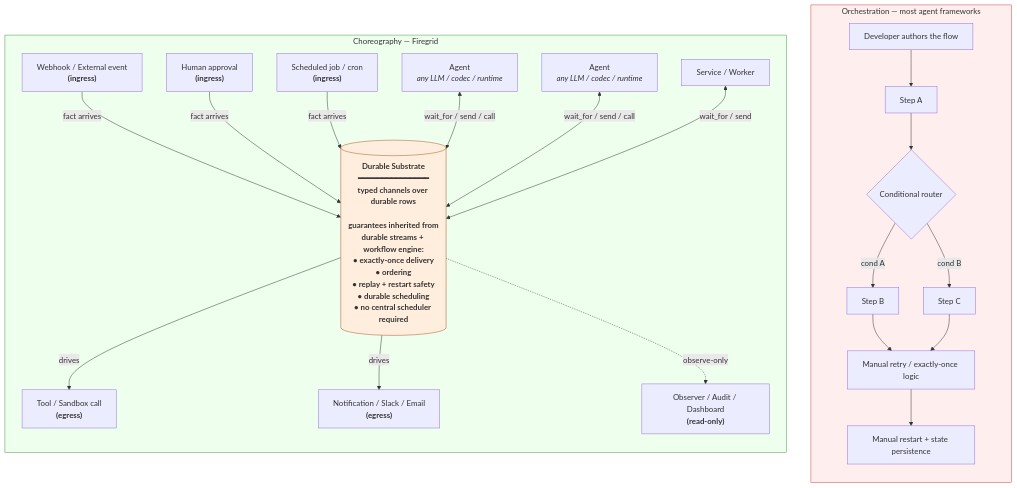
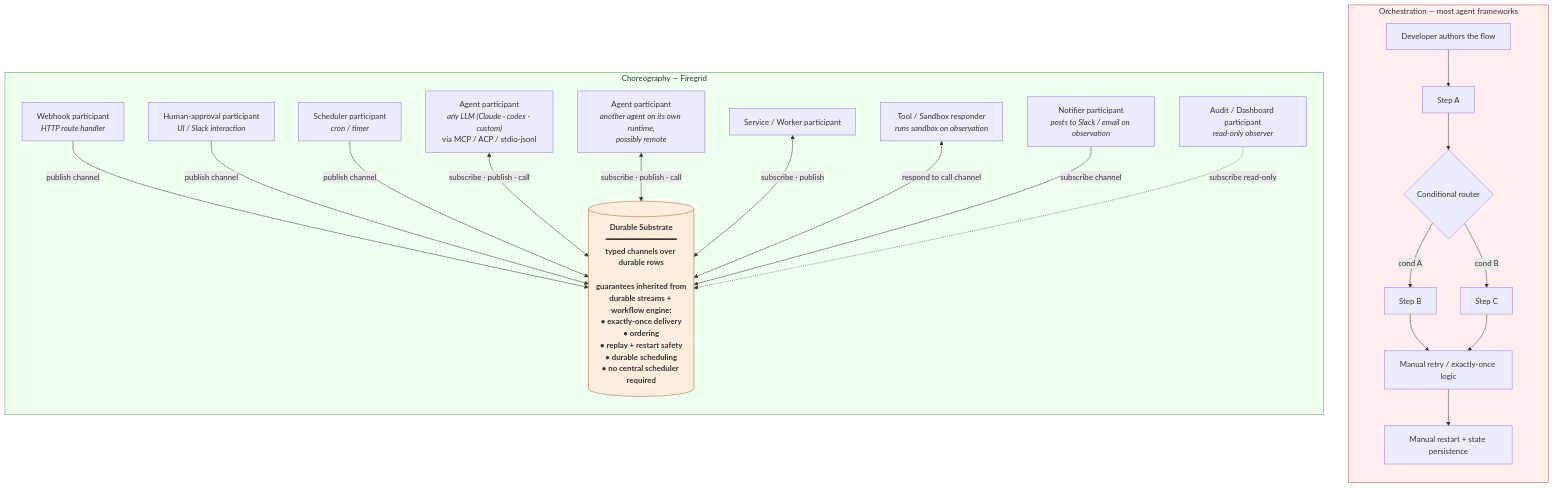
The first of 2 diagrams in README.md (gurdasnijor/firegrid), drawn with Mermaid before and after one commit. The commit also changed other lines of this file, not shown here.

First line of the commit message:
docs(readme): lean diagram into channel verbs + real Claude/Codex CLI invocations

````diff
--- a/README.md
+++ b/README.md
@@ -24,52 +24,59 @@
 ```mermaid
 flowchart TB
   subgraph Orchestration["Orchestration — most agent frameworks"]
     direction TB
     O0[Developer authors the flow]
     O1[Step A]
     O2{Conditional router}
     O3[Step B]
     O4[Step C]
     O5[Manual retry / exactly-once logic]
     O6[Manual restart + state persistence]
     O0 --> O1 --> O2
     O2 -->|cond A| O3
     O2 -->|cond B| O4
     O3 --> O5
     O4 --> O5
     O5 --> O6
   end
 
   subgraph Choreography["Choreography — Firegrid"]
     direction TB
     S[("Durable Substrate<br/>━━━━━━━━━━━━━━━<br/>typed channels over durable rows<br/><br/>guarantees inherited from<br/>durable streams + workflow engine:<br/>• exactly-once delivery<br/>• ordering<br/>• replay + restart safety<br/>• durable scheduling<br/>• no central scheduler required")]
 
-    A1["Agent<br/><i>any LLM / codec / runtime</i>"]
-    A2["Agent<br/><i>any LLM / codec / runtime</i>"]
-    Sv["Service / Worker"]
+    %% Each participant connects to the substrate via channel verbs ONLY.
+    %% External-world relationships (HTTP routes, Slack APIs, sandbox processes)
+    %% are internal to the participant — the substrate doesn't know about them.
 
-    W["Webhook / External event<br/><b>(ingress)</b>"]
-    H["Human approval<br/><b>(ingress)</b>"]
-    Sched["Scheduled job / cron<br/><b>(ingress)</b>"]
-    T["Tool / Sandbox call<br/><b>(egress)</b>"]
-    N["Notification / Slack / Email<br/><b>(egress)</b>"]
-    Obs["Observer / Audit / Dashboard<br/><b>(read-only)</b>"]
+    W["Webhook participant<br/><i>HTTP route handler</i>"]
+    H["Human-approval participant<br/><i>UI / Slack interaction</i>"]
+    Sched["Scheduler participant<br/><i>cron / timer</i>"]
 
-    W -->|fact arrives| S
-    H -->|fact arrives| S
-    Sched -->|fact arrives| S
-    A1 <-->|wait_for / send / call| S
-    A2 <-->|wait_for / send / call| S
-    Sv <-->|wait_for / send| S
-    S -->|drives| T
-    S -->|drives| N
-    S -.->|observe-only| Obs
+    A1["Agent participant<br/><i>any LLM (Claude · codex · custom)</i><br/>via MCP / ACP / stdio-jsonl"]
+    A2["Agent participant<br/><i>another agent on its own runtime,<br/>possibly remote</i>"]
+    Sv["Service / Worker participant"]
+
+    T["Tool / Sandbox responder<br/><i>runs sandbox on observation</i>"]
+    N["Notifier participant<br/><i>posts to Slack / email on observation</i>"]
+    Obs["Audit / Dashboard participant<br/><i>read-only observer</i>"]
+
+    %% All labels are channel verbs. Nothing "drives" anyone — participants
+    %% subscribe to channels and decide their own behavior on observation.
+    W -->|publish channel| S
+    H -->|publish channel| S
+    Sched -->|publish channel| S
+    A1 <-->|subscribe · publish · call| S
+    A2 <-->|subscribe · publish · call| S
+    Sv <-->|subscribe · publish| S
+    T <-->|respond to call channel| S
+    N -->|subscribe channel| S
+    Obs -.->|subscribe read-only| S
   end
 
   classDef o fill:#fee,stroke:#c44
   classDef c fill:#efe,stroke:#494
   classDef sub fill:#fed,stroke:#a52,font-weight:bold
   class Orchestration o
   class Choreography c
   class S sub
 ```
````
